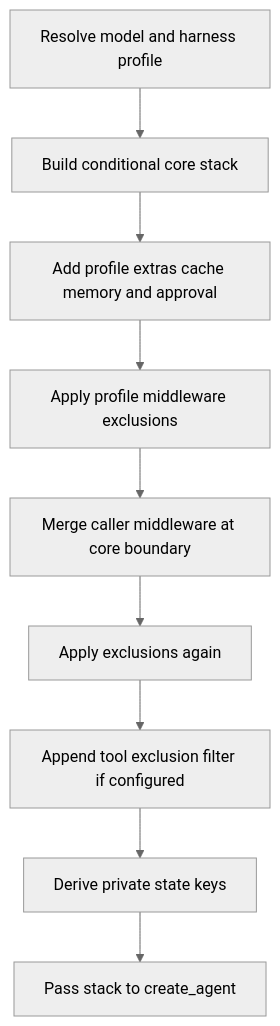
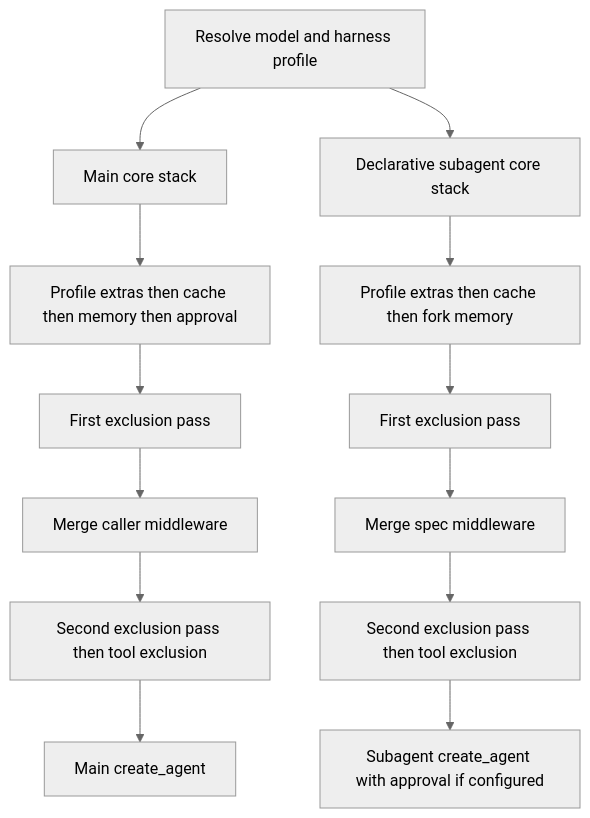
Before and after one commit to langchain-ai/deepagents: the diagram in openwiki/architecture/middleware-stack.md, drawn with Mermaid (neutral theme). The commit also changed other lines of this file and 62 other files, not shown here.

````diff
--- a/openwiki/architecture/middleware-stack.md
+++ b/openwiki/architecture/middleware-stack.md
@@ -43,11 +29,15 @@
 ```mermaid
 flowchart TD
-    Resolve["Resolve model and harness profile"] --> Core["Build conditional core stack"]
-    Core --> Tail["Add profile extras cache memory and approval"]
-    Tail --> FirstFilter["Apply profile middleware exclusions"]
-    FirstFilter --> Merge["Merge caller middleware at core boundary"]
-    Merge --> SecondFilter["Apply exclusions again"]
-    SecondFilter --> ToolFilter["Append tool exclusion filter if configured"]
-    ToolFilter --> State["Derive private state keys"]
-    State --> Agent["Pass stack to create_agent"]
+    Resolve["Resolve model and harness profile"] --> MainCore["Main core stack"]
+    Resolve --> SubCore["Declarative subagent core stack"]
+    MainCore --> MainTail["Profile extras then cache then memory then approval"]
+    MainTail --> MainFirst["First exclusion pass"]
+    MainFirst --> MainCustom["Merge caller middleware"]
+    MainCustom --> MainSecond["Second exclusion pass then tool exclusion"]
+    MainSecond --> MainAgent["Main create_agent"]
+    SubCore --> SubTail["Profile extras then cache then fork memory"]
+    SubTail --> SubFirst["First exclusion pass"]
+    SubFirst --> SubCustom["Merge spec middleware"]
+    SubCustom --> SubSecond["Second exclusion pass then tool exclusion"]
+    SubSecond --> SubAgent["Subagent create_agent with approval if configured"]
 ```
````
